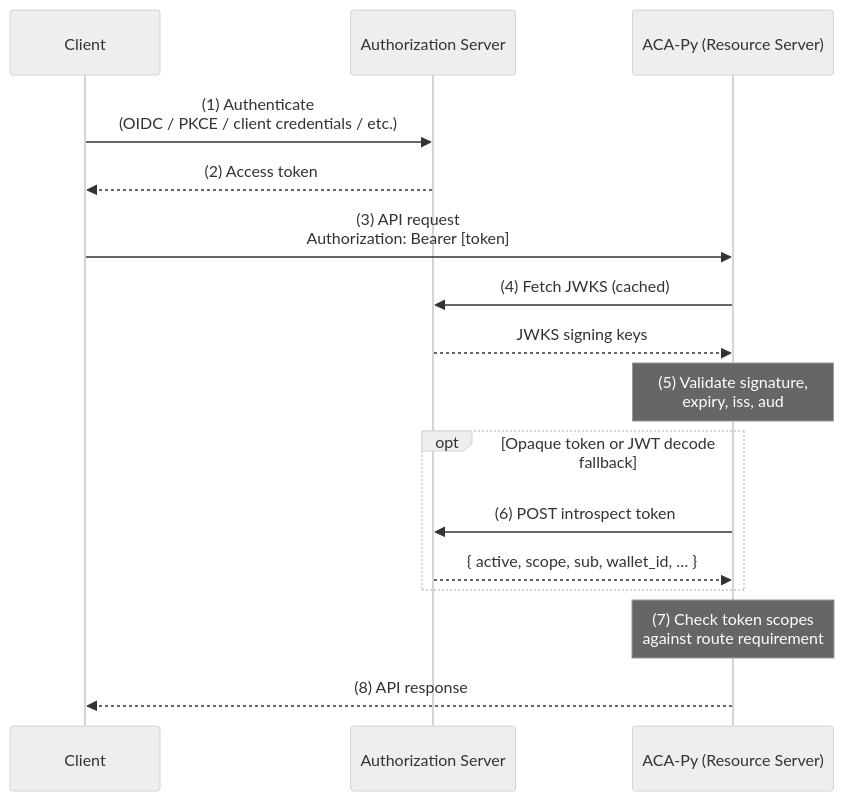
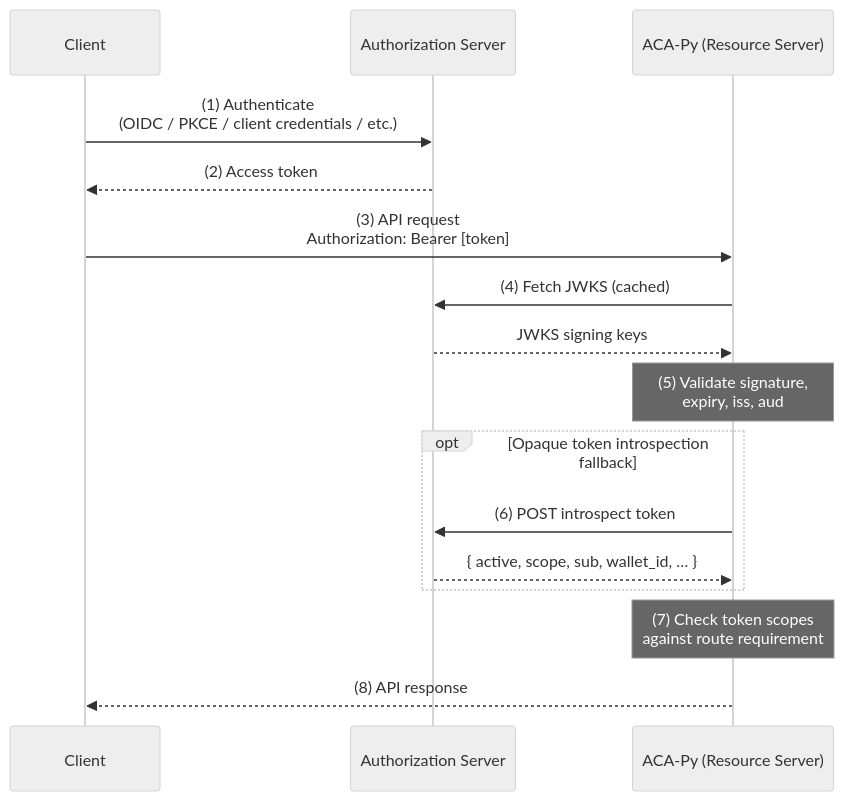
Before and after one commit to openwallet-foundation/acapy: the diagram in docs/features/OAuthResourceServer.md, drawn with Mermaid (neutral theme).

Commit message:
small wording change

````diff
--- a/docs/features/OAuthResourceServer.md
+++ b/docs/features/OAuthResourceServer.md
@@ -54,24 +54,24 @@
 ```mermaid
 sequenceDiagram
     participant C as Client
     participant AS as Authorization Server
     participant RS as ACA-Py (Resource Server)
 
     C->>AS: (1) Authenticate<br/>(OIDC / PKCE / client credentials / etc.)
     AS-->>C: (2) Access token
 
     C->>RS: (3) API request<br/>Authorization: Bearer [token]
 
     RS->>AS: (4) Fetch JWKS (cached)
     AS-->>RS: JWKS signing keys
     Note over RS: (5) Validate signature,<br/>expiry, iss, aud
 
-    opt Opaque token or JWT decode fallback
+    opt Opaque token introspection fallback
       RS->>AS: (6) POST introspect token
       AS-->>RS: { active, scope, sub, wallet_id, … }
     end
 
     Note over RS: (7) Check token scopes<br/>against route requirement
 
     RS-->>C: (8) API response
 ```
````
